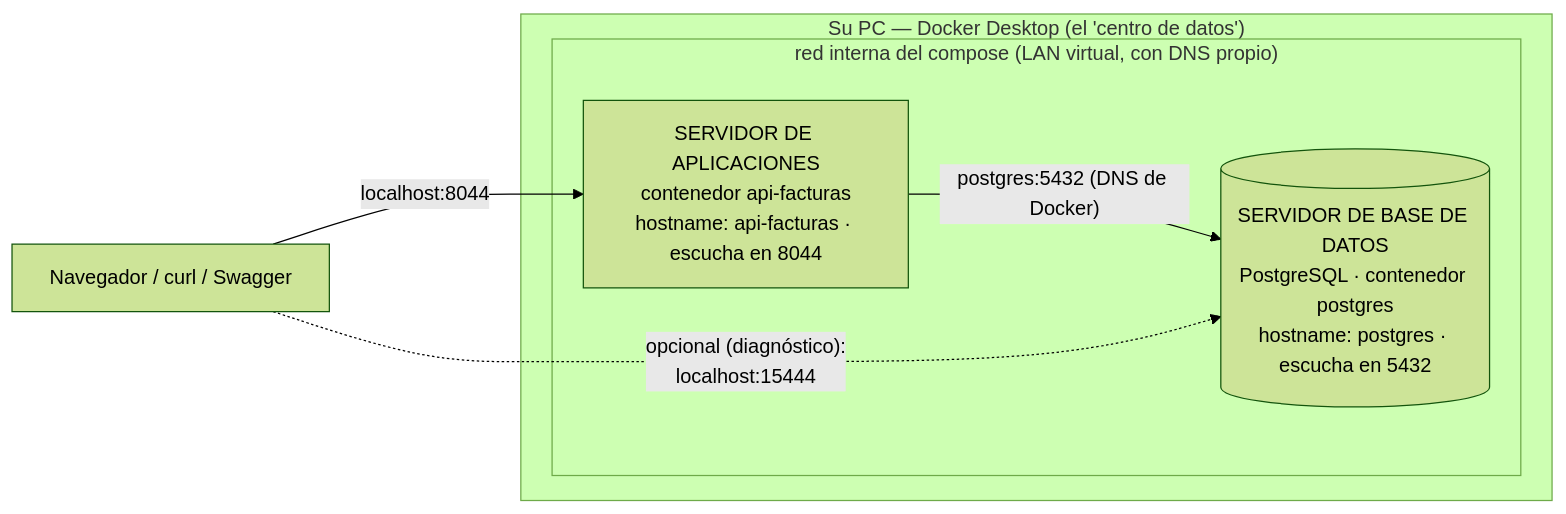
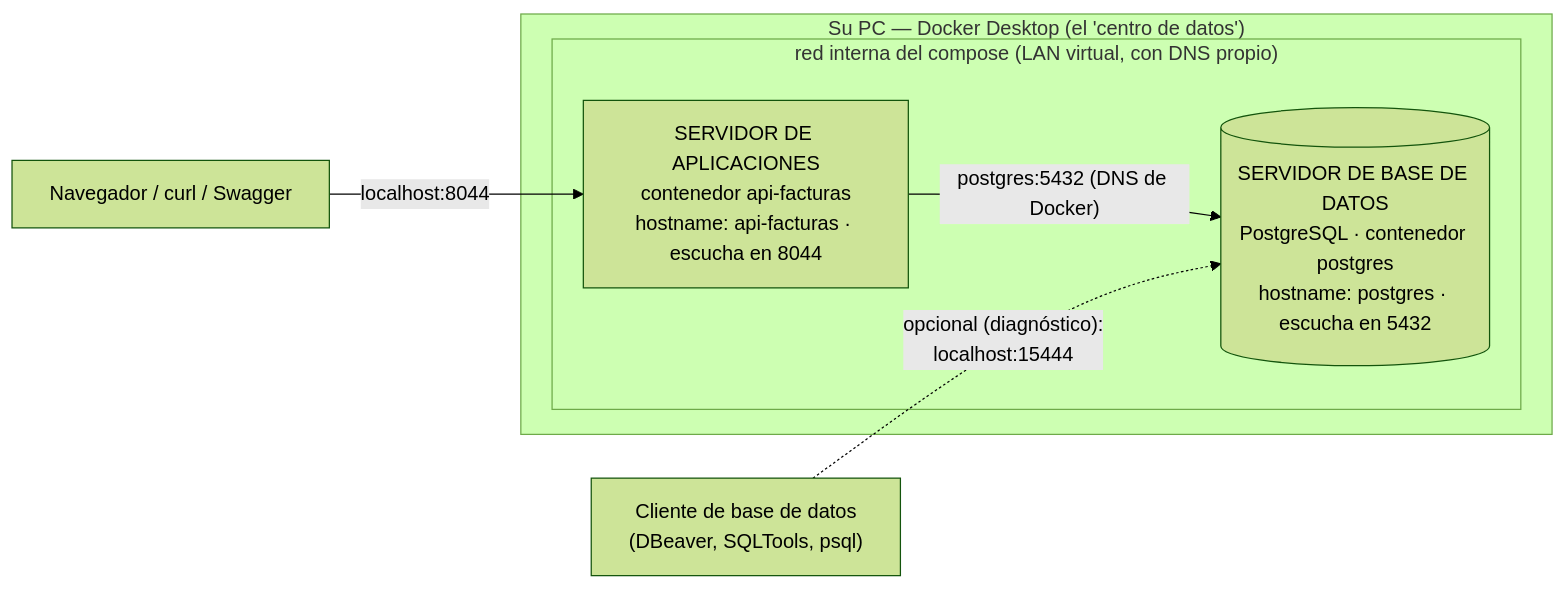
The first of 2 diagrams in docs/CONCEPTOS_DOCKER.md (ccastro2050/proyecto_construccion_de_software3), drawn with Mermaid (forest theme) before and after one commit. The commit also changed other lines of this file, not shown here.

First line of the commit message:
docs(docker): el diagrama sale del docker-compose real, y ninguna flecha miente

````diff
--- a/docs/CONCEPTOS_DOCKER.md
+++ b/docs/CONCEPTOS_DOCKER.md
@@ -193,13 +193,14 @@
 ```mermaid
 flowchart LR
     NAV["Navegador / curl / Swagger"]
+    CLIENTE["Cliente de base de datos<br/>(DBeaver, SQLTools, psql)"]
     subgraph PC["Su PC — Docker Desktop (el 'centro de datos')"]
         subgraph RED["red interna del compose (LAN virtual, con DNS propio)"]
             APIFACTURAS["SERVIDOR DE APLICACIONES<br/>contenedor api-facturas<br/>hostname: api-facturas · escucha en 8044"]
             POSTGRES[("SERVIDOR DE BASE DE DATOS<br/>PostgreSQL · contenedor postgres<br/>hostname: postgres · escucha en 5432")]
         end
     end
     NAV -->|"localhost:8044"| APIFACTURAS
     APIFACTURAS -->|"postgres:5432 (DNS de Docker)"| POSTGRES
-    NAV -.->|"opcional (diagnóstico):<br/>localhost:15444"| POSTGRES
+    CLIENTE -.->|"opcional (diagnóstico):<br/>localhost:15444"| POSTGRES
 ```
````
